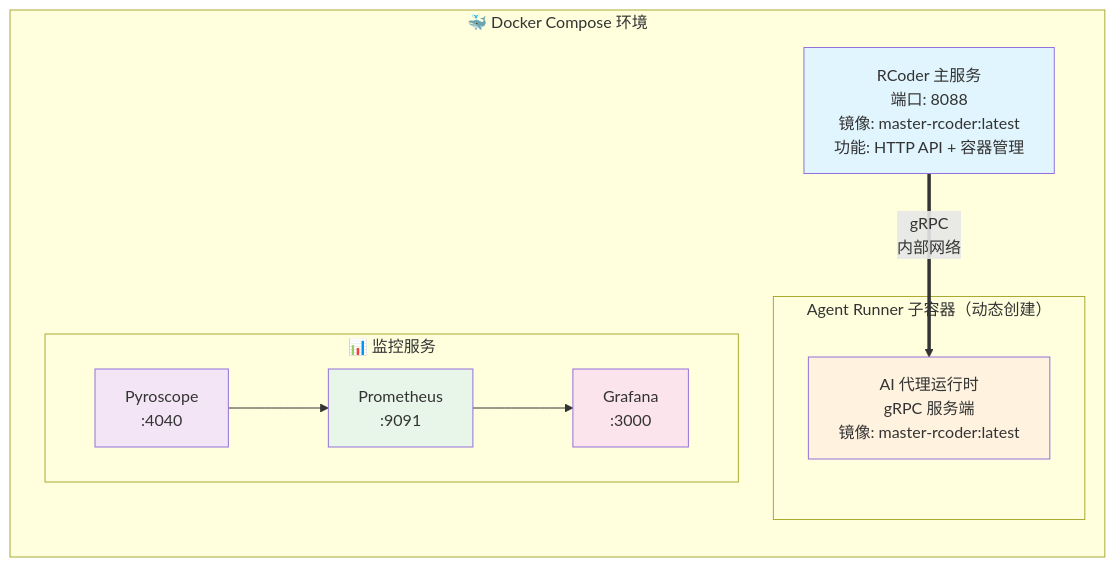
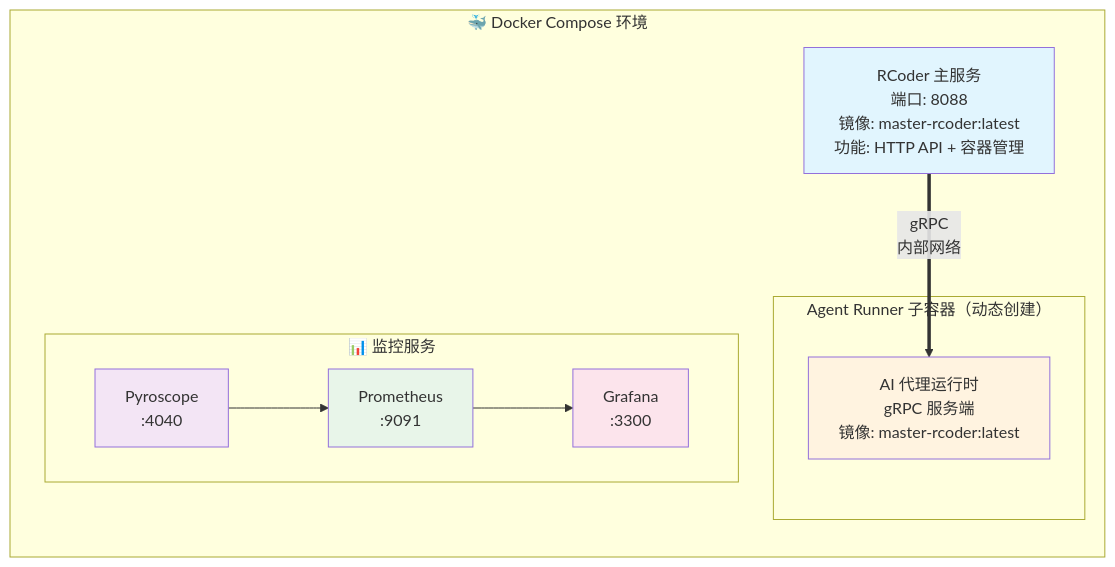
The first of 3 diagrams in docker/README.md (nuwax-ai/rcoder), drawn with Mermaid before and after one commit. The commit also changed other lines of this file and 17 other files, not shown here.

````diff
--- a/docker/README.md
+++ b/docker/README.md
@@ -91,28 +91,28 @@
 ```mermaid
 flowchart TB
     subgraph Docker["🐳 Docker Compose 环境"]
         direction TB
 
         RCoder["RCoder 主服务<br/>端口: 8088<br/>镜像: master-rcoder:latest<br/>功能: HTTP API + 容器管理"]
         
         subgraph Agent["Agent Runner 子容器（动态创建）"]
             Runner["AI 代理运行时<br/>gRPC 服务端<br/>镜像: master-rcoder:latest"]
         end
         
         subgraph Monitoring["📊 监控服务"]
             direction LR
             Pyro["Pyroscope<br/>:4040"]
             Prom["Prometheus<br/>:9091"]
-            Graf["Grafana<br/>:3000"]
+            Graf["Grafana<br/>:3300"]
             Pyro --> Prom --> Graf
         end
         
         RCoder ==>|"gRPC<br/>内部网络"| Runner
     end
     
     style RCoder fill:#e1f5fe
     style Runner fill:#fff3e0
     style Pyro fill:#f3e5f5
     style Prom fill:#e8f5e9
     style Graf fill:#fce4ec
 ```
````
